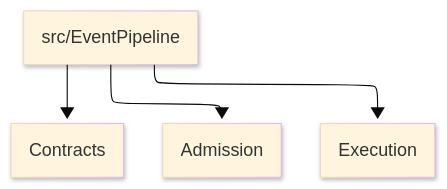
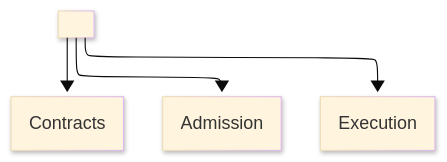
One commit to bsamiee/Rasm changed the second of 2 diagrams in docs/standards/explanation/architecture.md. Above: the diagram before and after it, drawn with Mermaid. The commit also changed other lines of this file and 139 other files, not shown here.

````diff
--- a/docs/standards/explanation/architecture.md
+++ b/docs/standards/explanation/architecture.md
@@ -288,18 +288,18 @@
 ```mermaid
 ---
 config:
   layout: elk
   look: neo
   theme: base
   elk:
     mergeEdges: false
     nodePlacementStrategy: BRANDES_KOEPF
     cycleBreakingStrategy: GREEDY_MODEL_ORDER
 ---
 flowchart TB
     accTitle: Rejected folder-box diagram
-    accDescr: The diagram redraws EventPipeline folders as boxes without showing flow, dependency, boundary, state, or proof.
-    Root["src/EventPipeline"] --> Contracts["Contracts"]
+    accDescr: The diagram redraws package folders as boxes without showing flow, dependency, boundary, state, or proof.
+    Root["<package-root>"] --> Contracts["Contracts"]
     Root --> Admission["Admission"]
     Root --> Execution["Execution"]
 ```
````
